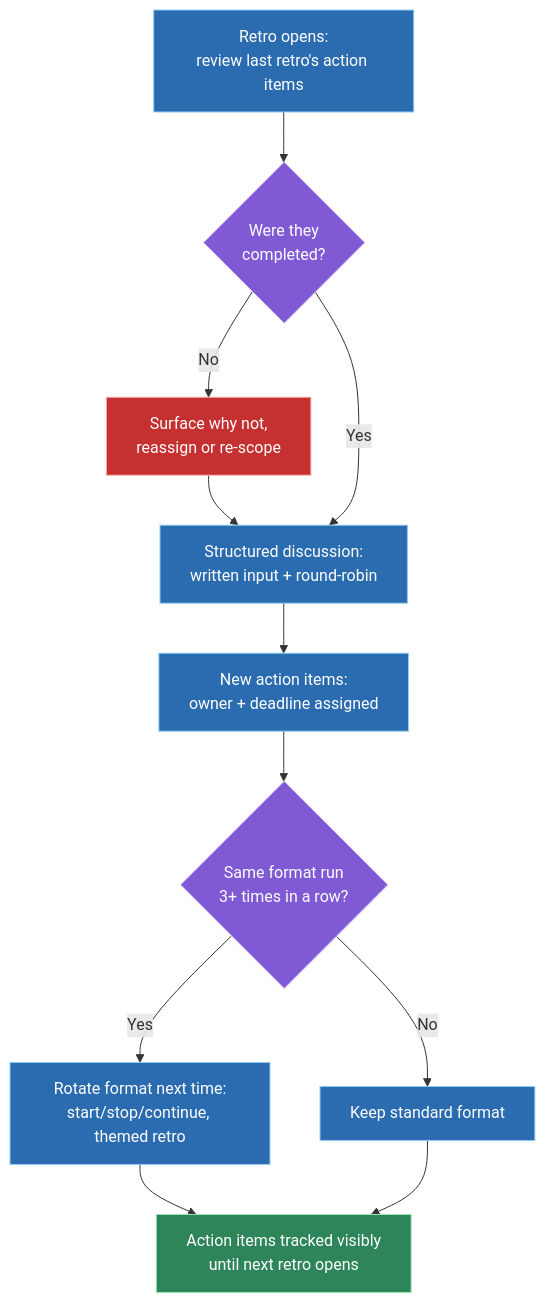
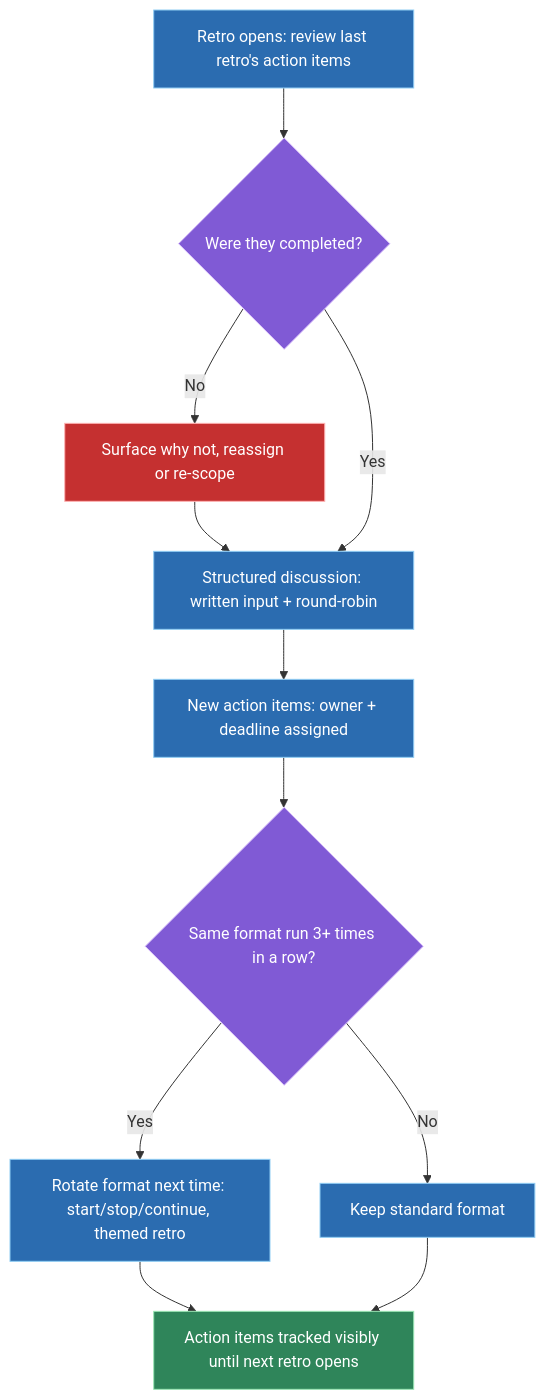
The first of 2 diagrams in data/topics/retros-1on1s.md (vinayakhumberi/litmus), drawn with Mermaid before and after one commit. The commit also changed 68 other files, not shown here.

````diff
--- a/data/topics/retros-1on1s.md
+++ b/data/topics/retros-1on1s.md
@@ -119,23 +119,23 @@
 ```mermaid
 graph TD
-    A["Retro opens:<br>review last retro's action items"] --> B{"Were they<br>completed?"}
-    B -- "No" --> C["Surface why not,<br>reassign or re-scope"]
-    C --> D["Structured discussion:<br>written input + round-robin"]
+    A["Retro opens: review last retro's action items"] --> B{"Were they completed?"}
+    B -- "No" --> C["Surface why not, reassign or re-scope"]
+    C --> D["Structured discussion: written input + round-robin"]
     B -- "Yes" --> D
-    D --> E["New action items:<br>owner + deadline assigned"]
-    E --> F{"Same format run<br>3+ times in a row?"}
-    F -- "Yes" --> G["Rotate format next time:<br>start/stop/continue, themed retro"]
+    D --> E["New action items: owner + deadline assigned"]
+    E --> F{"Same format run 3+ times in a row?"}
+    F -- "Yes" --> G["Rotate format next time: start/stop/continue, themed retro"]
     F -- "No" --> H["Keep standard format"]
-    G --> I["Action items tracked visibly<br>until next retro opens"]
+    G --> I["Action items tracked visibly until next retro opens"]
     H --> I
 
     classDef stage fill:#2b6cb0,stroke:#90cdf4,color:#fff
     classDef decision fill:#805ad5,stroke:#d6bcfa,color:#fff
     classDef fix fill:#c53030,stroke:#feb2b2,color:#fff
     classDef done fill:#2f855a,stroke:#9ae6b4,color:#fff
 
     class A,D,E,G,H stage
     class B,F decision
     class C fix
     class I done
 ```
````
